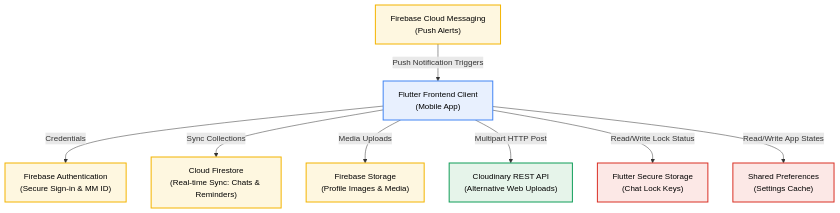
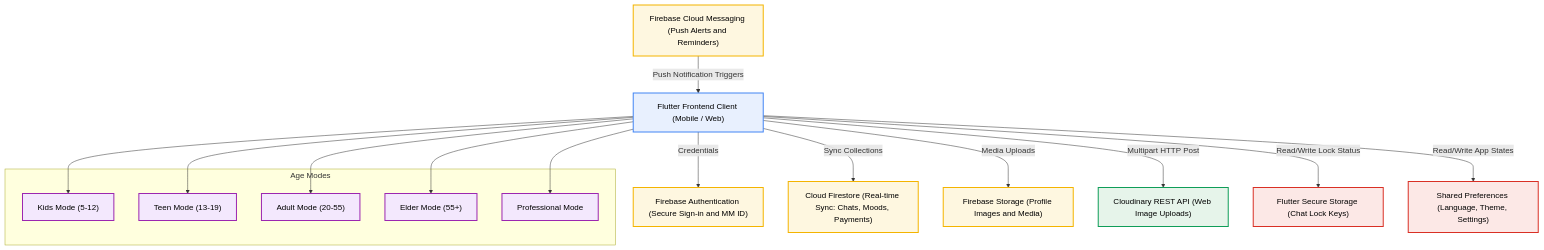
Before and after one commit to mohdasmabegum/MMWELCONM: the first of 2 diagrams in mmwelconn/README.md, drawn with Mermaid. The commit also changed other lines of this file and 14 other files, not shown here.

Commit message:
feat: v1.3.0 - Age modes, Pro plans, AdSense, Lifetime deal, Payments

````diff
--- a/mmwelconn/README.md
+++ b/mmwelconn/README.md
@@ -119,24 +382,40 @@
 ```mermaid
 graph TD
     classDef client fill:#e8f0fe,stroke:#4285f4,stroke-width:2px,color:#000;
     classDef firebase fill:#fef7e0,stroke:#f4b400,stroke-width:2px,color:#000;
     classDef cloud fill:#e6f4ea,stroke:#0f9d58,stroke-width:2px,color:#000;
     classDef local fill:#fce8e6,stroke:#d93025,stroke-width:2px,color:#000;
+    classDef mode fill:#f3e8fd,stroke:#9c27b0,stroke-width:2px,color:#000;
 
-    FlutterApp["Flutter Frontend Client<br>(Mobile App)"]:::client
-    FirebaseAuth["Firebase Authentication<br>(Secure Sign-in & MM ID)"]:::firebase
-    Firestore["Cloud Firestore<br>(Real-time Sync: Chats & Reminders)"]:::firebase
-    FirebaseStorage["Firebase Storage<br>(Profile Images & Media)"]:::firebase
-    CloudinaryAPI["Cloudinary REST API<br>(Alternative Web Uploads)"]:::cloud
-    FCM["Firebase Cloud Messaging<br>(Push Alerts)"]:::firebase
-    SecureStorage["Flutter Secure Storage<br>(Chat Lock Keys)"]:::local
-    SharedPreferences["Shared Preferences<br>(Settings Cache)"]:::local
+    FlutterApp["Flutter Frontend Client (Mobile / Web)"]:::client
+
+    subgraph Age Modes
+        KidsMode["Kids Mode (5-12)"]:::mode
+        TeenMode["Teen Mode (13-19)"]:::mode
+        AdultMode["Adult Mode (20-55)"]:::mode
+        ElderMode["Elder Mode (55+)"]:::mode
+        ProfMode["Professional Mode"]:::mode
+    end
+
+    FirebaseAuth["Firebase Authentication (Secure Sign-in and MM ID)"]:::firebase
+    Firestore["Cloud Firestore (Real-time Sync: Chats, Moods, Payments)"]:::firebase
+    FirebaseStorage["Firebase Storage (Profile Images and Media)"]:::firebase
+    CloudinaryAPI["Cloudinary REST API (Web Image Uploads)"]:::cloud
+    FCM["Firebase Cloud Messaging (Push Alerts and Reminders)"]:::firebase
+    SecureStorage["Flutter Secure Storage (Chat Lock Keys)"]:::local
+    SharedPreferences["Shared Preferences (Language, Theme, Settings)"]:::local
+
+    FlutterApp --> KidsMode
+    FlutterApp --> TeenMode
+    FlutterApp --> AdultMode
+    FlutterApp --> ElderMode
+    FlutterApp --> ProfMode
 
     FlutterApp -->|Credentials| FirebaseAuth
     FlutterApp -->|Sync Collections| Firestore
     FlutterApp -->|Media Uploads| FirebaseStorage
     FlutterApp -->|Multipart HTTP Post| CloudinaryAPI
     FCM -->|Push Notification Triggers| FlutterApp
     FlutterApp -->|Read/Write Lock Status| SecureStorage
     FlutterApp -->|Read/Write App States| SharedPreferences
 ```
````
